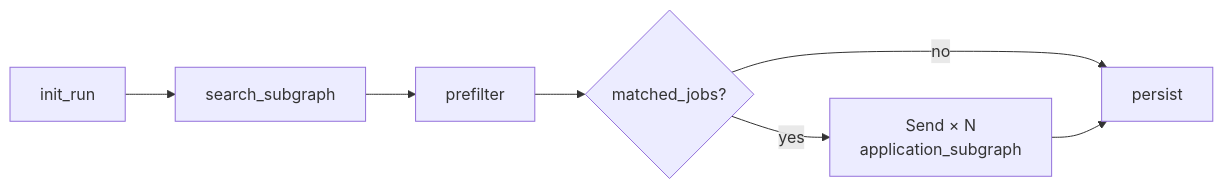
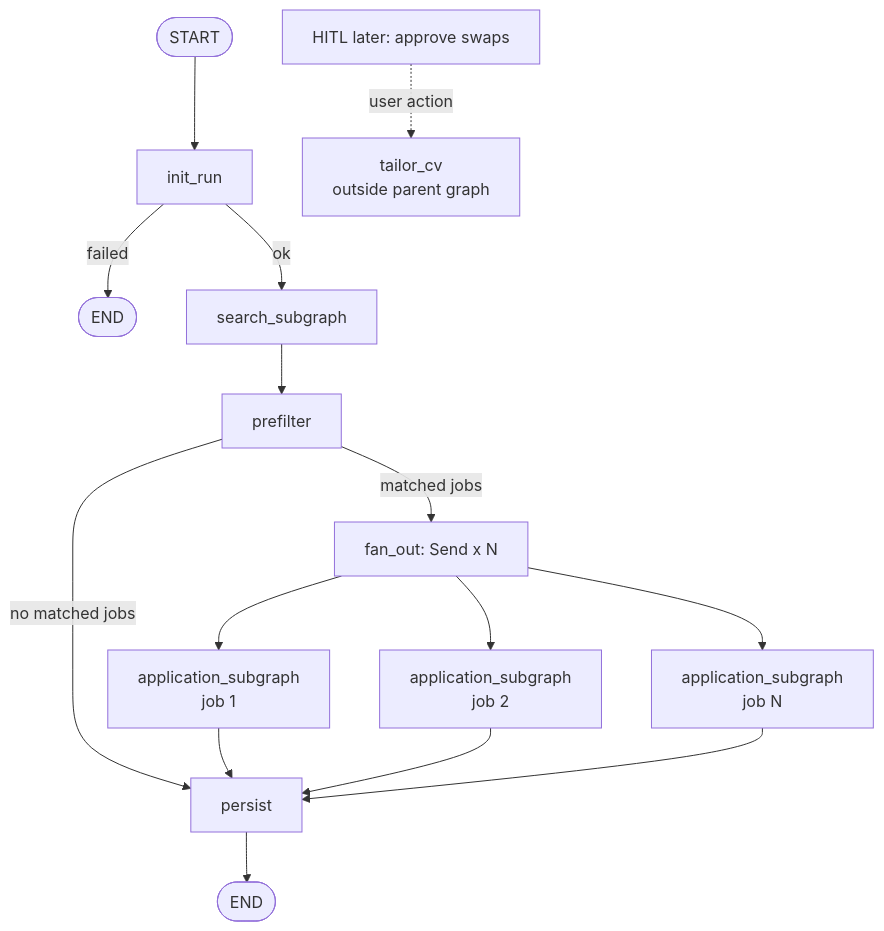
One commit to HamzaFayaz/JobPilot changed the second of 4 diagrams in README.md. Above: the diagram before and after it, drawn with Mermaid. The commit also changed other lines of this file and 3 other files, not shown here.

````diff
--- a/README.md
+++ b/README.md
@@ -115,9 +121,18 @@
 ```mermaid
-flowchart LR
- A["init_run"] --> B["search_subgraph"]
- B --> C["prefilter"]
- C --> D{"matched_jobs?"}
- D -->|yes| E["Send × N\napplication_subgraph"]
- D -->|no| F["persist"]
- E --> F
+flowchart TB
+  START([START]) --> init["init_run"]
+  init -->|failed| END1([END])
+  init -->|ok| search["search_subgraph"]
+  search --> pref["prefilter"]
+  pref -->|no matched jobs| persist["persist"]
+  pref -->|matched jobs| fan["fan_out: Send x N"]
+  fan --> app1["application_subgraph\njob 1"]
+  fan --> app2["application_subgraph\njob 2"]
+  fan --> appN["application_subgraph\njob N"]
+  app1 --> persist
+  app2 --> persist
+  appN --> persist
+  persist --> END2([END])
+
+  HITL["HITL later: approve swaps"] -.->|user action| tailor["tailor_cv\noutside parent graph"]
 ```
````
